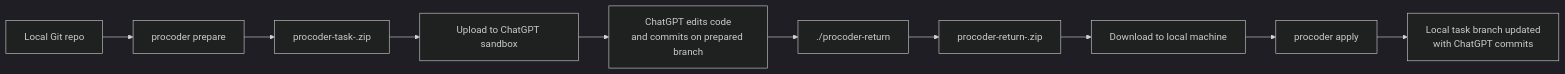
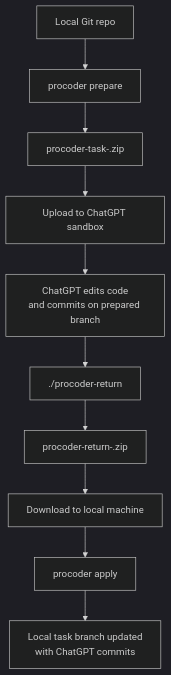
One commit to amxv/procoder changed the diagram in README.md. Above: the diagram before and after it, drawn with Mermaid (dark theme). The commit also changed other lines of this file and 1 other file, not shown here.

````diff
--- a/README.md
+++ b/README.md
@@ -37,12 +39,12 @@
 ```mermaid
-flowchart LR
+flowchart TD
     A[Local Git repo] --> B[procoder prepare]
     B --> C[procoder-task-<exchange-id>.zip]
     C --> D[Upload to ChatGPT sandbox]
     D --> E[ChatGPT edits code<br/>and commits on prepared branch]
     E --> F[./procoder-return]
     F --> G[procoder-return-<exchange-id>.zip]
     G --> H[Download to local machine]
     H --> I[procoder apply]
     I --> J[Local task branch updated<br/>with ChatGPT commits]
 ```
````
